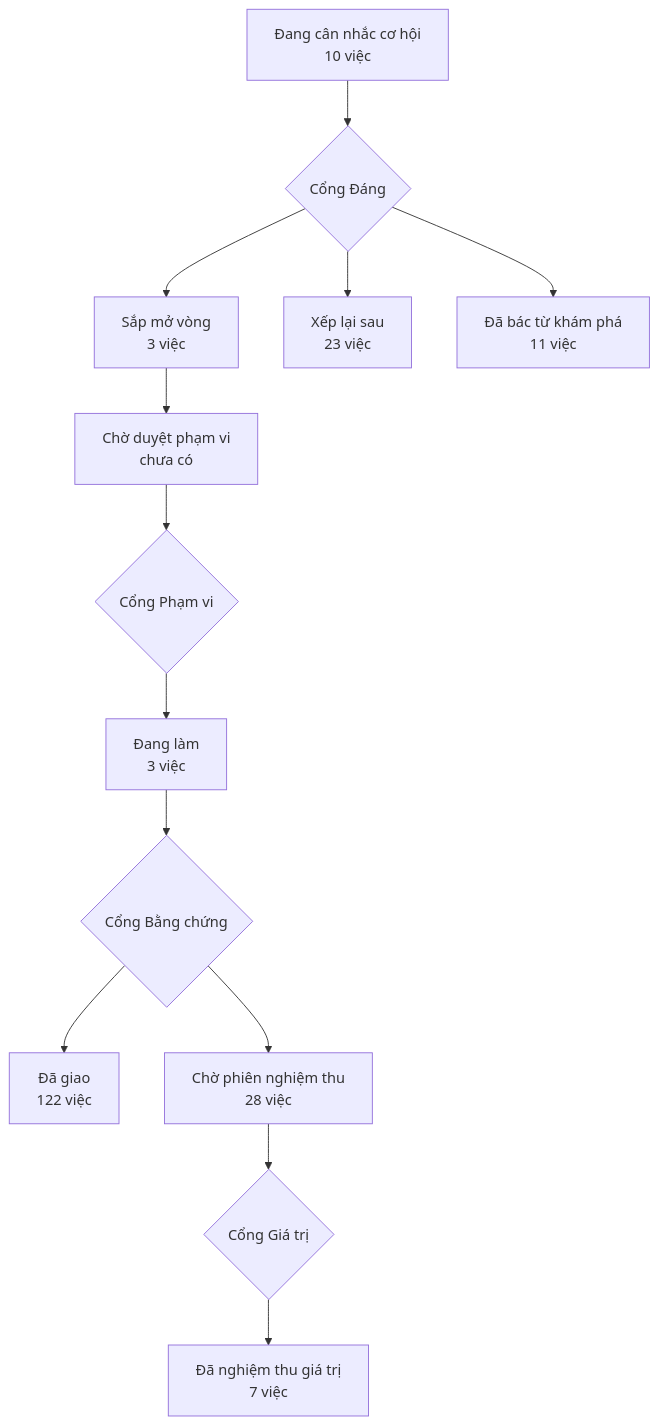
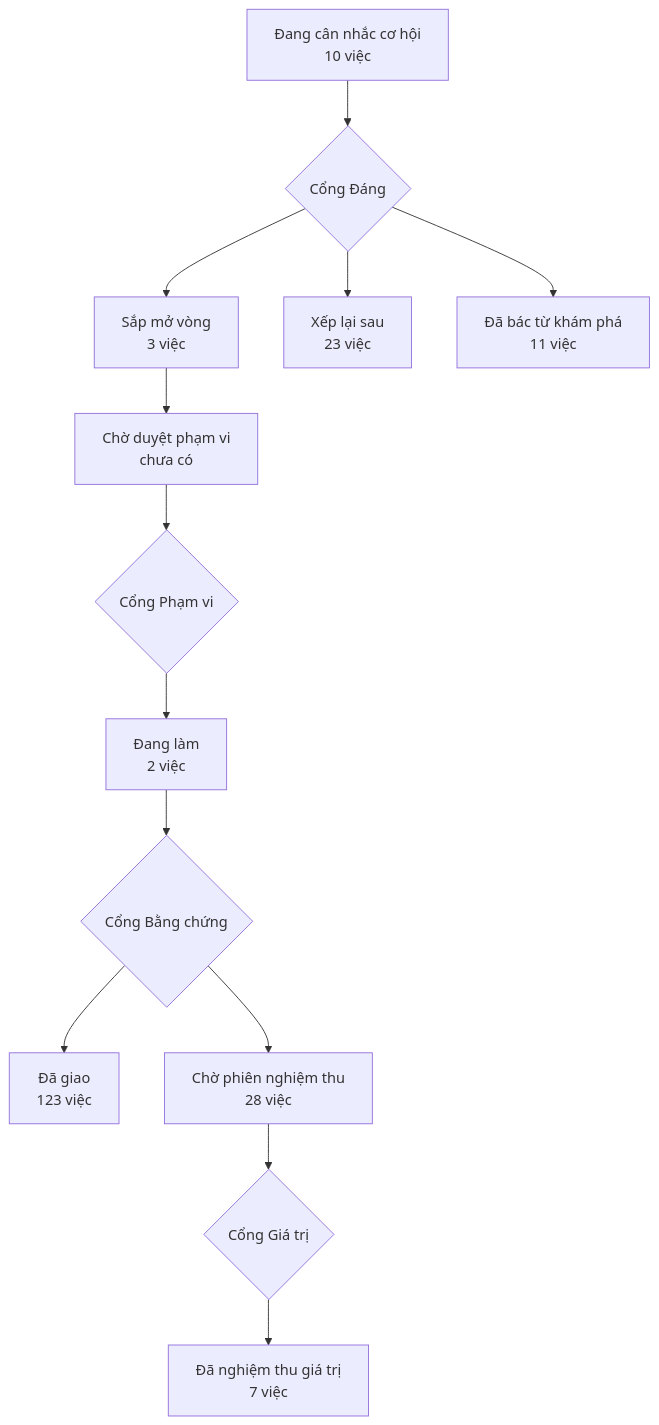
One commit to phanlemanh/acceptance-gate-kit changed the diagram in PRODUCT-MAP.md. Above: the diagram before and after it, drawn with Mermaid. The commit also changed 4 other files, not shown here.

````diff
--- a/PRODUCT-MAP.md
+++ b/PRODUCT-MAP.md
@@ -7,12 +7,12 @@
 ```mermaid
 flowchart TD
   A["Đang cân nhắc cơ hội<br/>10 việc"] --> GD{"Cổng Đáng"}
   GD --> B["Sắp mở vòng<br/>3 việc"]
   GD --> XL["Xếp lại sau<br/>23 việc"]
   GD --> DB["Đã bác từ khám phá<br/>11 việc"]
   B --> CD["Chờ duyệt phạm vi<br/>chưa có"] --> GP{"Cổng Phạm vi"}
-  GP --> DL["Đang làm<br/>3 việc"] --> GB{"Cổng Bằng chứng"}
-  GB --> DG["Đã giao<br/>122 việc"]
+  GP --> DL["Đang làm<br/>2 việc"] --> GB{"Cổng Bằng chứng"}
+  GB --> DG["Đã giao<br/>123 việc"]
   GB --> CN["Chờ phiên nghiệm thu<br/>28 việc"] --> GG{"Cổng Giá trị"}
   GG --> NT["Đã nghiệm thu giá trị<br/>7 việc"]
 ```
````
